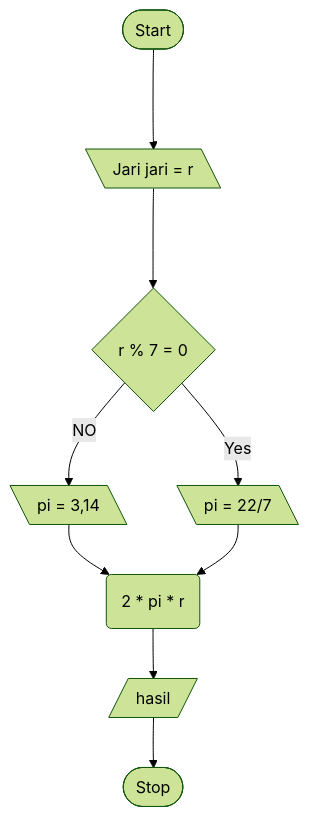
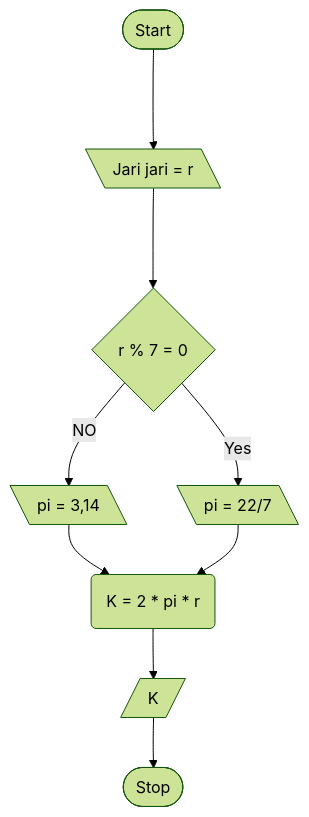
One commit to ariekas/koda-b4-algoritma changed the second of 3 diagrams in MiniTask5.md. Above: the diagram before and after it, drawn with Mermaid (forest theme). The commit also changed other lines of this file, not shown here.

````diff
--- a/MiniTask5.md
+++ b/MiniTask5.md
@@ -25,19 +24,19 @@
 ```mermaid
 flowchart TD
 Start([Start])
 Input[\Jari jari = r\]
 Decision{r % 7 = 0}
 R1[\pi = 3,14\]
 R2[\pi = 22/7\]
-Perhitungan(2 * pi * r)
-hasil[/hasil/]
+Perhitungan(K = 2 * pi * r)
+hasil[/K/]
 Stop([Stop])
 
 Start ---> Input
 Input ---> Decision
 Decision -- NO --> R1
 Decision -- Yes --> R2
 R1 & R2 --> Perhitungan
 Perhitungan --> hasil
 hasil --> Stop
 ```
````
